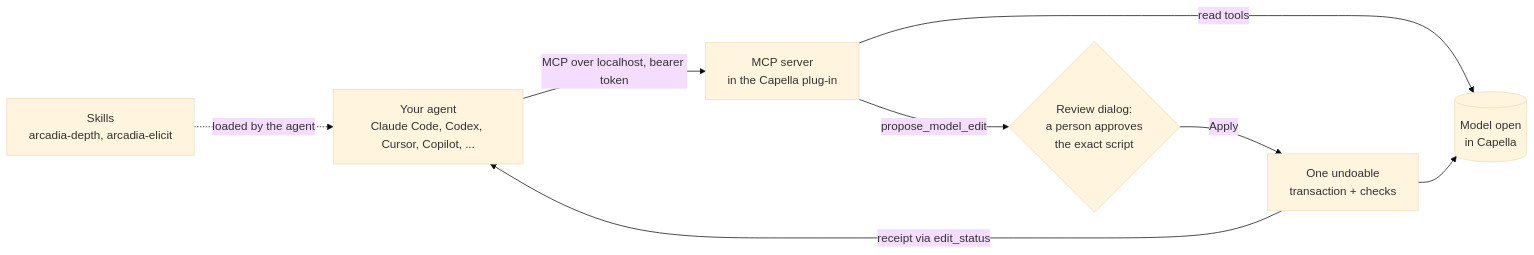
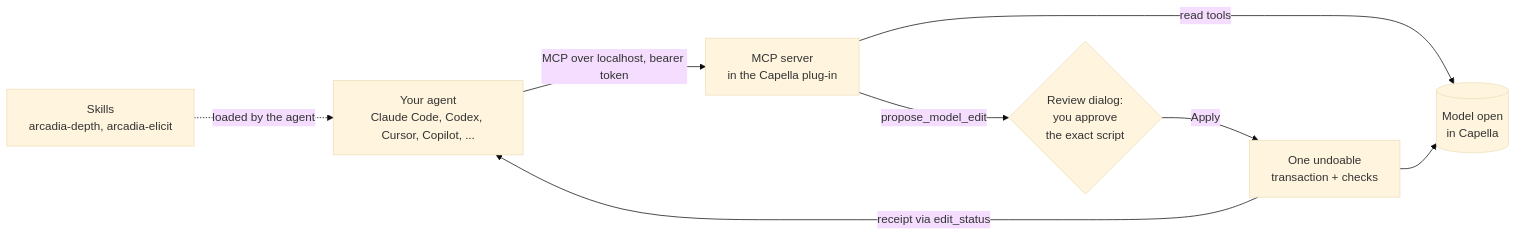
One commit to sidkolapalli/agent-toolkit-for-capella changed the diagram in README.md. Above: the diagram before and after it, drawn with Mermaid (base theme). The commit also changed other lines of this file and 4 other files, not shown here.

````diff
--- a/README.md
+++ b/README.md
@@ -54,10 +58,10 @@
 ```mermaid
 flowchart LR
     A["Your agent<br/>Claude Code, Codex, Cursor, Copilot, ..."] -->|"MCP over localhost, bearer token"| S["MCP server<br/>in the Capella plug-in"]
     K["Skills<br/>arcadia-depth, arcadia-elicit"] -.->|"loaded by the agent"| A
     S -->|"read tools"| M[("Model open<br/>in Capella")]
-    S -->|"propose_model_edit"| R{"Review dialog:<br/>a person approves<br/>the exact script"}
+    S -->|"propose_model_edit"| R{"Review dialog:<br/>you approve<br/>the exact script"}
     R -->|"Apply"| T["One undoable<br/>transaction + checks"]
     T --> M
     T -->|"receipt via edit_status"| A
 ```
````
